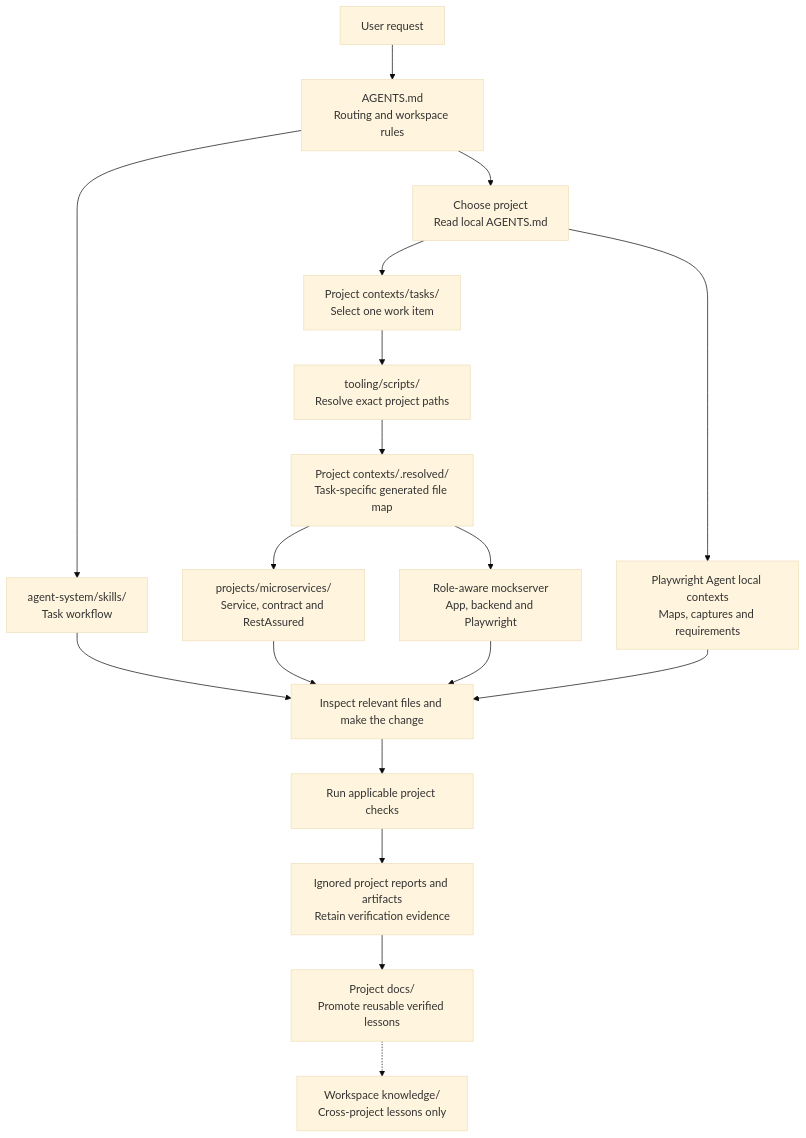
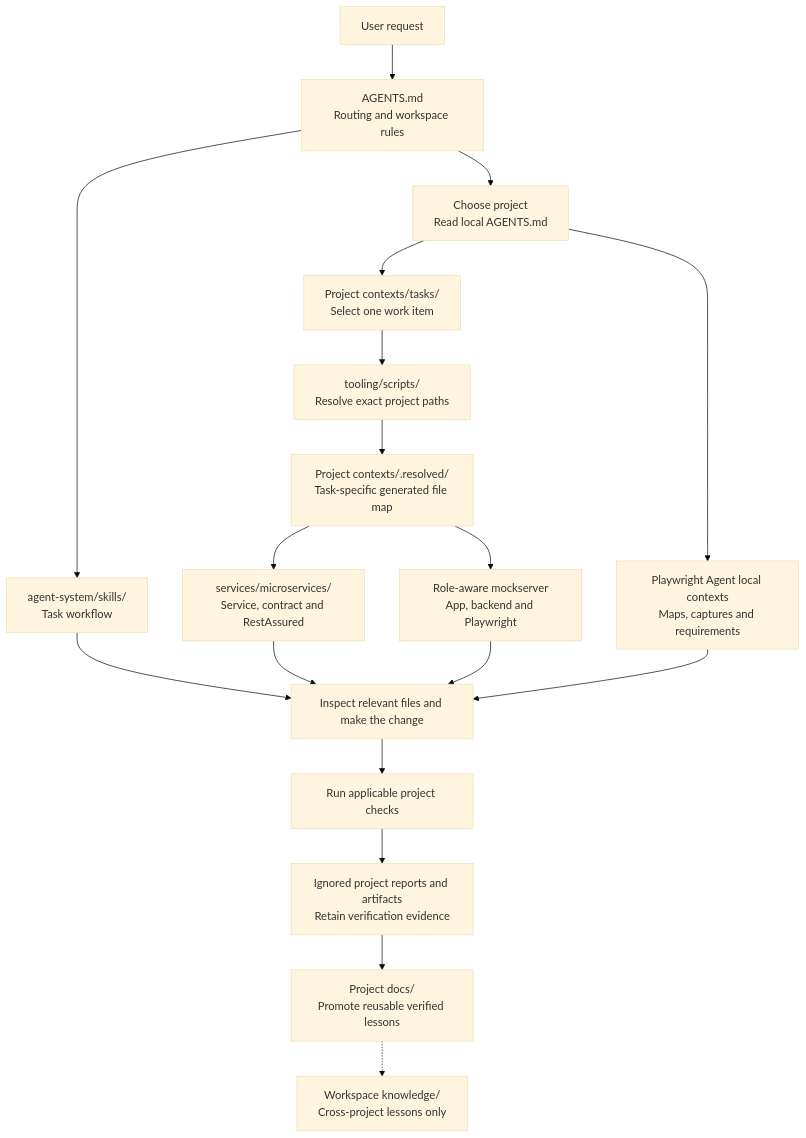
Before and after one commit to balajiregt/agentic-workspace: the second of 2 diagrams in knowledge/docs/workspace-map.md, drawn with Mermaid (base theme). The commit also changed other lines of this file and 103 other files, not shown here.

````diff
--- a/knowledge/docs/workspace-map.md
+++ b/knowledge/docs/workspace-map.md
@@ -104,20 +102,20 @@
 ```mermaid
 flowchart TD
   U["User request"] --> R["AGENTS.md<br/>Routing and workspace rules"]
   R --> P["Choose project<br/>Read local AGENTS.md"]
   P --> C["Project contexts/tasks/<br/>Select one work item"]
   R --> S["agent-system/skills/<br/>Task workflow"]
   C --> X["tooling/scripts/<br/>Resolve exact project paths"]
   X --> D["Project contexts/.resolved/<br/>Task-specific generated file map"]
-  D --> API["projects/microservices/<br/>Service, contract and RestAssured"]
+  D --> API["services/microservices/<br/>Service, contract and RestAssured"]
   D --> UI["Role-aware mockserver<br/>App, backend and Playwright"]
   P --> PA["Playwright Agent local contexts<br/>Maps, captures and requirements"]
   S --> W["Inspect relevant files and make the change"]
   API --> W
   UI --> W
   PA --> W
   W --> V["Run applicable project checks"]
   V --> E["Ignored project reports and artifacts<br/>Retain verification evidence"]
   E --> K["Project docs/<br/>Promote reusable verified lessons"]
   K -.-> SH["Workspace knowledge/<br/>Cross-project lessons only"]
 ```
````
